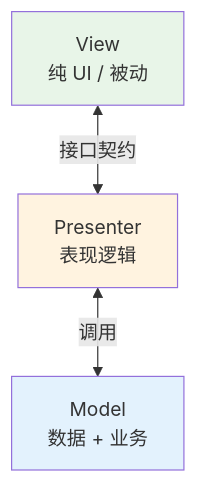
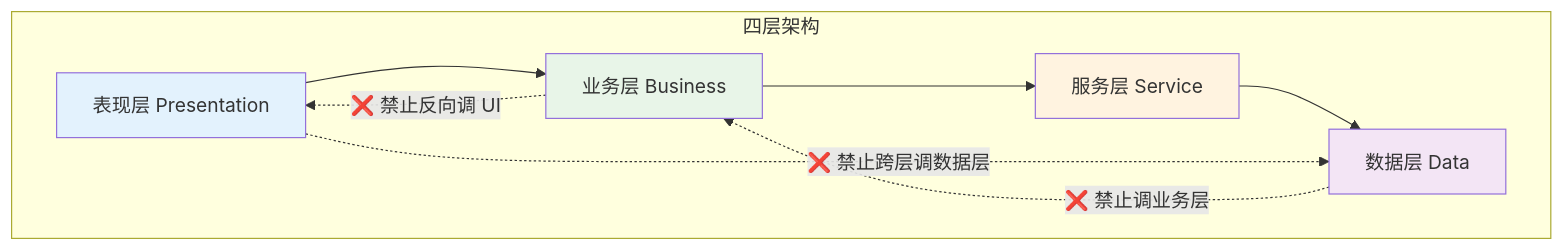
One commit to chongyang211/YCBookBlog changed the ninth of 12 diagrams in docs/10.真经/05.方案设计思想/01.通用架构设计方案.md. Above: the diagram before and after it, drawn with Mermaid. The commit also changed other lines of this file and 36 other files, not shown here.

````diff
--- a/docs/10.真经/05.方案设计思想/01.通用架构设计方案.md
+++ b/docs/10.真经/05.方案设计思想/01.通用架构设计方案.md
@@ -343,13 +589,22 @@
 ```mermaid
 graph TB
-    M[Model<br/>数据 + 业务]
-    V[View<br/>纯 UI / 被动]
-    P[Presenter<br/>表现逻辑]
+    subgraph "四层架构"
+        P[表现层 Presentation]
+        B[业务层 Business]
+        S[服务层 Service]
+        D[数据层 Data]
+    end
     
-    V <-->|接口契约| P
-    P <-->|调用| M
+    P --> B
+    B --> S
+    S --> D
     
-    style M fill:#e3f2fd
-    style V fill:#e8f5e8
-    style P fill:#fff3e0
+    P -. ❌ 禁止跨层调数据层 .-> D
+    B -. ❌ 禁止反向调 UI .-> P
+    D -. ❌ 禁止调业务层 .-> B
+    
+    style P fill:#e3f2fd
+    style B fill:#e8f5e8
+    style S fill:#fff3e0
+    style D fill:#f3e5f5
 ```
````
